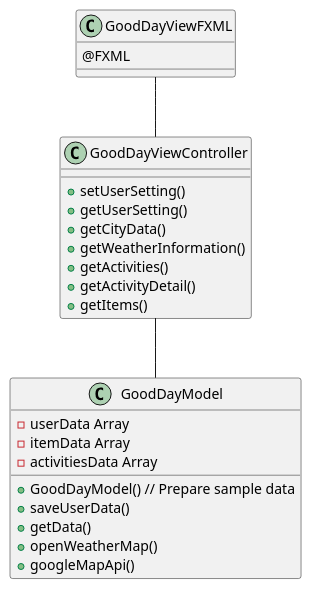
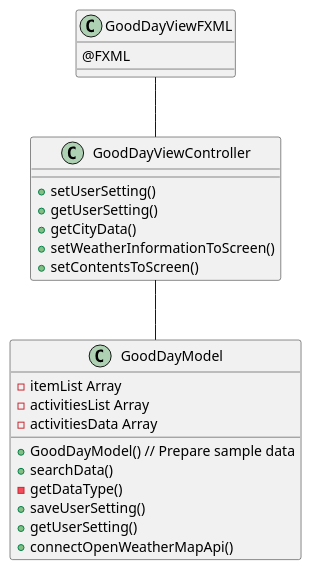
The diagram in GoodDay_class_diagram.puml (mustanghippie/Goodday), drawn with PlantUML before and after one commit. The commit also changed 4 other files, not shown here.

```diff
--- a/GoodDay_class_diagram.puml
+++ b/GoodDay_class_diagram.puml
@@ -1,29 +1,28 @@
 @startuml
 
 class GoodDayViewFXML{
   @FXML
 }
 
 class GoodDayViewController{
   +setUserSetting()
   +getUserSetting()
   +getCityData()
-  +getWeatherInformation()
-  +getActivities()
-  +getActivityDetail()
-  +getItems()
+  +setWeatherInformationToScreen()
+  +setContentsToScreen()
 }
 class GoodDayModel{
-  -userData Array
-  -itemData Array
+  -itemList Array
+  -activitiesList Array
   -activitiesData Array
   +GoodDayModel() // Prepare sample data
-  +saveUserData()
-  +getData()
-  +openWeatherMap()
-  +googleMapApi()
+  +searchData()
+  -getDataType()
+  +saveUserSetting()
+  +getUserSetting()
+  +connectOpenWeatherMapApi()
 }
 GoodDayViewFXML -- GoodDayViewController
 GoodDayViewController -- GoodDayModel
 
 @enduml
```
